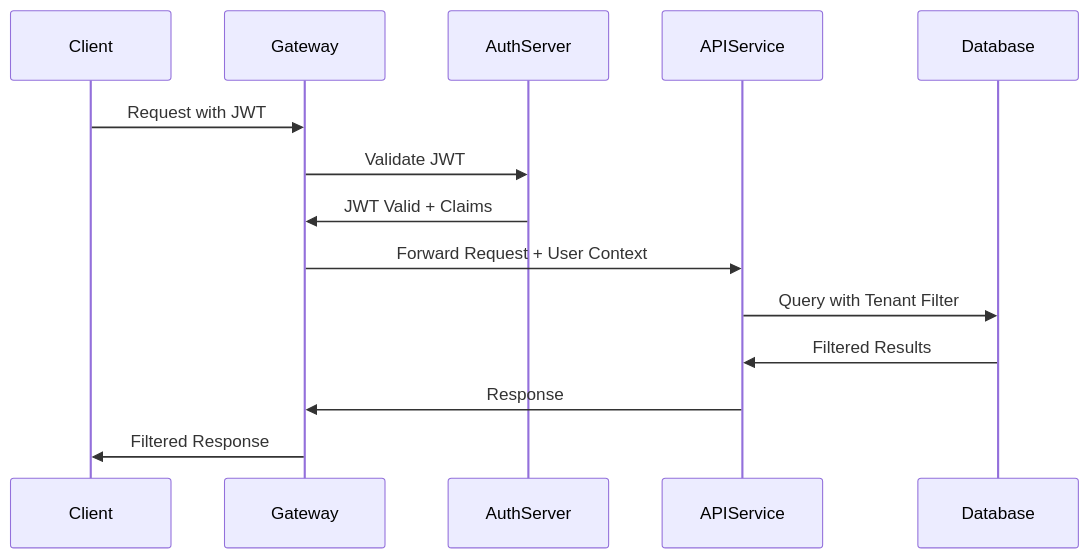
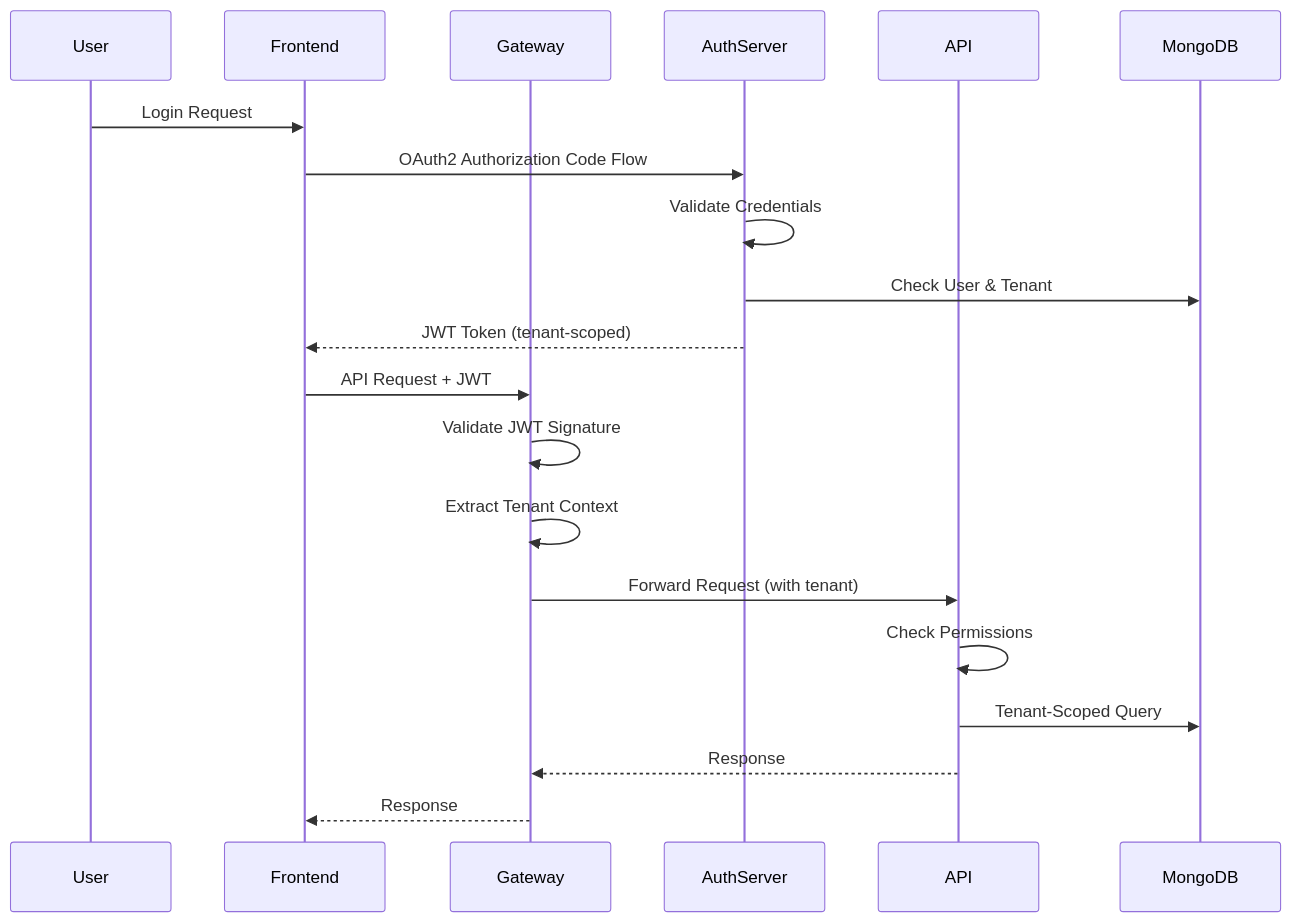
Before and after one commit to Praesto-Pro/openframe-oss-tenant: the fourth of 5 diagrams in docs/development/architecture/README.md, drawn with Mermaid. The commit also changed other lines of this file and 174 other files, not shown here.

````diff
--- a/docs/development/architecture/README.md
+++ b/docs/development/architecture/README.md
@@ -391,17 +353,24 @@
 ```mermaid
 sequenceDiagram
-    participant Client
+    participant User
+    participant Frontend
     participant Gateway
     participant AuthServer
-    participant APIService
-    participant Database
+    participant API
+    participant MongoDB
+
+    User->>Frontend: Login Request
+    Frontend->>AuthServer: OAuth2 Authorization Code Flow
+    AuthServer->>AuthServer: Validate Credentials
+    AuthServer->>MongoDB: Check User & Tenant
+    AuthServer-->>Frontend: JWT Token (tenant-scoped)
     
-    Client->>Gateway: Request with JWT
-    Gateway->>AuthServer: Validate JWT
-    AuthServer->>Gateway: JWT Valid + Claims
-    Gateway->>APIService: Forward Request + User Context
-    APIService->>Database: Query with Tenant Filter
-    Database->>APIService: Filtered Results
-    APIService->>Gateway: Response
-    Gateway->>Client: Filtered Response
+    Frontend->>Gateway: API Request + JWT
+    Gateway->>Gateway: Validate JWT Signature
+    Gateway->>Gateway: Extract Tenant Context
+    Gateway->>API: Forward Request (with tenant)
+    API->>API: Check Permissions
+    API->>MongoDB: Tenant-Scoped Query
+    API-->>Gateway: Response
+    Gateway-->>Frontend: Response
 ```
````
